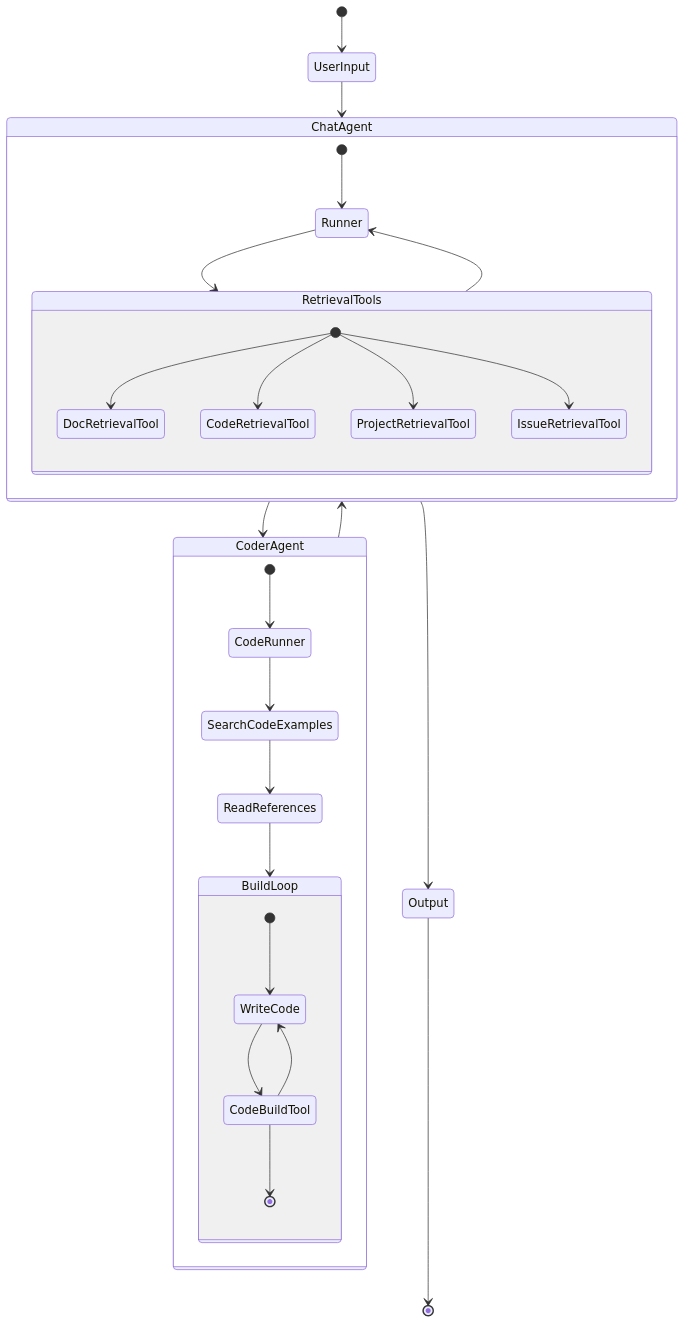
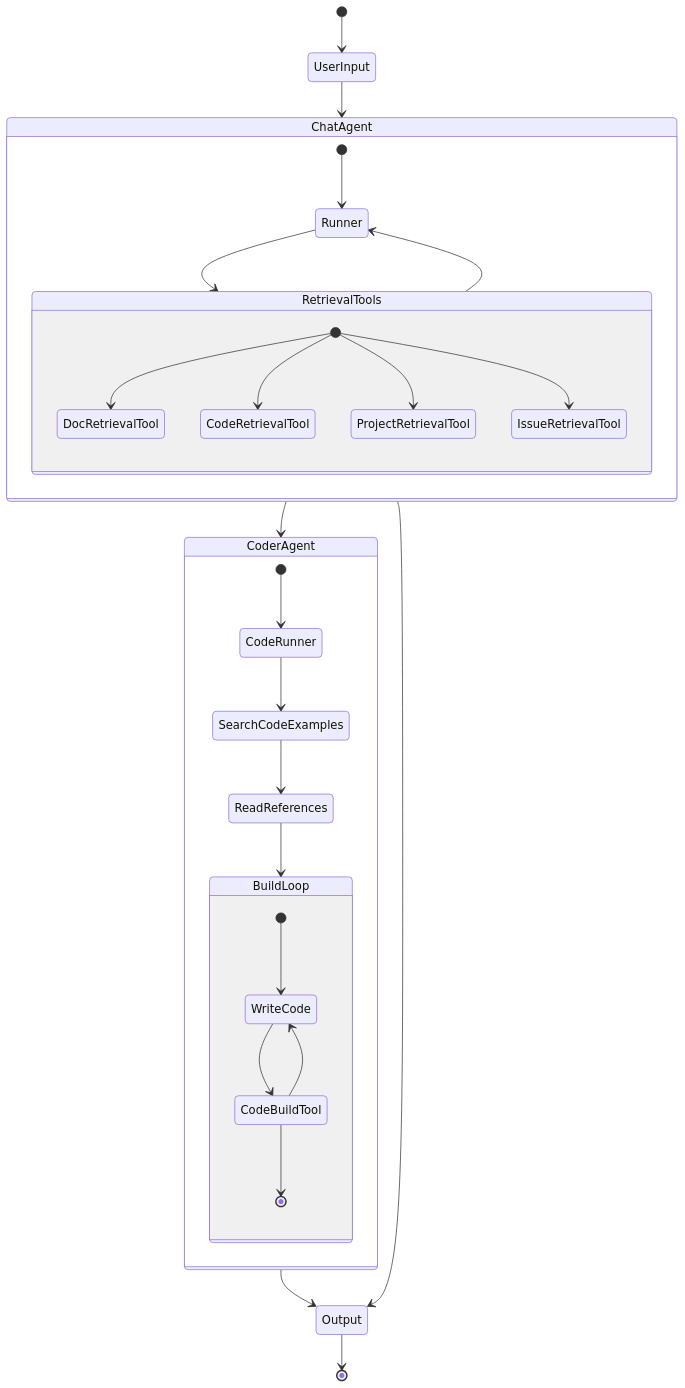
Before and after one commit to UmstadAI/zkAppUmstad: the diagram in cli/diagram.mmd, drawn with Mermaid.

Commit message:
update mmd diagram

```diff
--- a/cli/diagram.mmd
+++ b/cli/diagram.mmd
@@ -1,40 +1,40 @@
 stateDiagram-v2
     [*] --> UserInput
     UserInput --> ChatAgent
+    
     state ChatAgent {
         [*]  -->  Runner
         state RetrievalTools {
             state DocRetrievalTool
             state CodeRetrievalTool
             state ProjectRetrievalTool
             state IssueRetrievalTool
             [*] --> DocRetrievalTool
             [*] --> CodeRetrievalTool
             [*] --> ProjectRetrievalTool
             [*] --> IssueRetrievalTool
         }
         Runner --> RetrievalTools
         RetrievalTools --> Runner
     }
 
     state CoderAgent {
         [*] --> CodeRunner
         CodeRunner --> SearchCodeExamples
         SearchCodeExamples --> ReadReferences
         ReadReferences --> BuildLoop
         state BuildLoop {
             state WriteCode
             state CodeBuildTool
             [*] --> WriteCode
             WriteCode --> CodeBuildTool
             CodeBuildTool --> WriteCode
             CodeBuildTool --> [*]
         }
     }
     ChatAgent --> CoderAgent
-    CoderAgent --> ChatAgent
-
+    CoderAgent --> Output
     ChatAgent --> Output
     
 
     Output --> [*]
```
